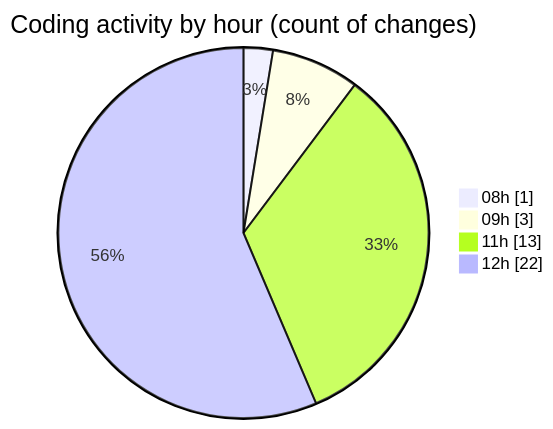
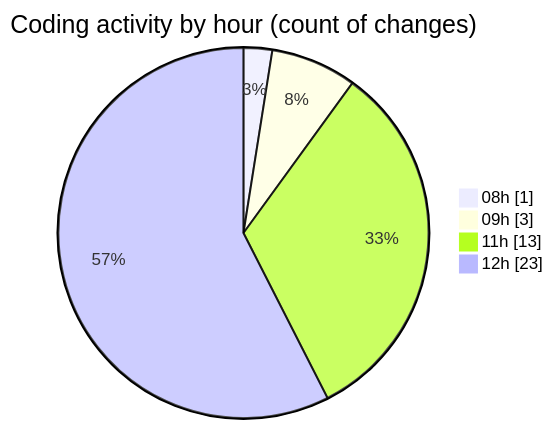
Before and after one commit to momahboobian/code-tracking: the second of 2 diagrams in 2025-11-04/cda/README.md, drawn with Mermaid. The commit also changed other lines of this file and 1 other file, not shown here.

````diff
--- a/2025-11-04/cda/README.md
+++ b/2025-11-04/cda/README.md
@@ -39,8 +40,8 @@
 ```mermaid
 pie showData
 title Coding activity by hour (count of changes)
 "08h" : 1
 "09h" : 3
 "11h" : 13
-"12h" : 22
+"12h" : 23
 ```
````
